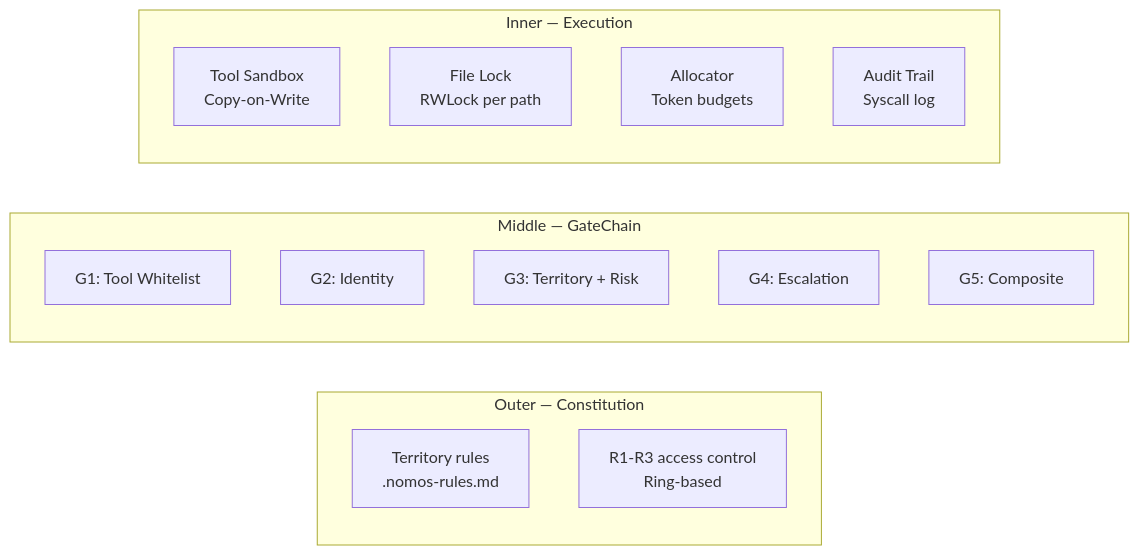
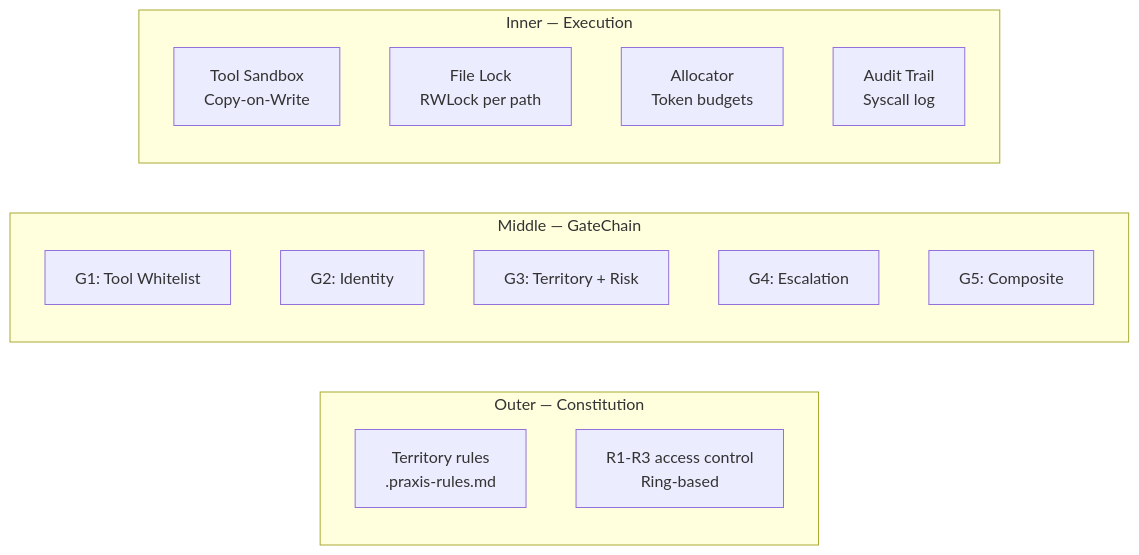
The diagram in docs/architecture/deep-dive/security.md (guilingzhouyi-creator/Praxis-Agent-OS), drawn with Mermaid before and after one commit. The commit also changed other lines of this file and 43 other files, not shown here.

Commit message:
refactor: unify branding - replace .opencode/ .nomos- NOMOS_ with .praxis/ praxis- PRAXIS_

````diff
--- a/docs/architecture/deep-dive/security.md
+++ b/docs/architecture/deep-dive/security.md
@@ -7,26 +7,26 @@
 ```mermaid
 flowchart LR
     subgraph Outer["Outer — Constitution"]
         C1["Territory rules
-        .nomos-rules.md"]
+        .praxis-rules.md"]
         C2["R1-R3 access control
         Ring-based"]
     end
     subgraph Middle["Middle — GateChain"]
         G1["G1: Tool Whitelist"]
         G2["G2: Identity"]
         G3["G3: Territory + Risk"]
         G4["G4: Escalation"]
         G5["G5: Composite"]
     end
     subgraph Inner["Inner — Execution"]
         E1["Tool Sandbox
         Copy-on-Write"]
         E2["File Lock
         RWLock per path"]
         E3["Allocator
         Token budgets"]
         E4["Audit Trail
         Syscall log"]
     end
 ```
````
